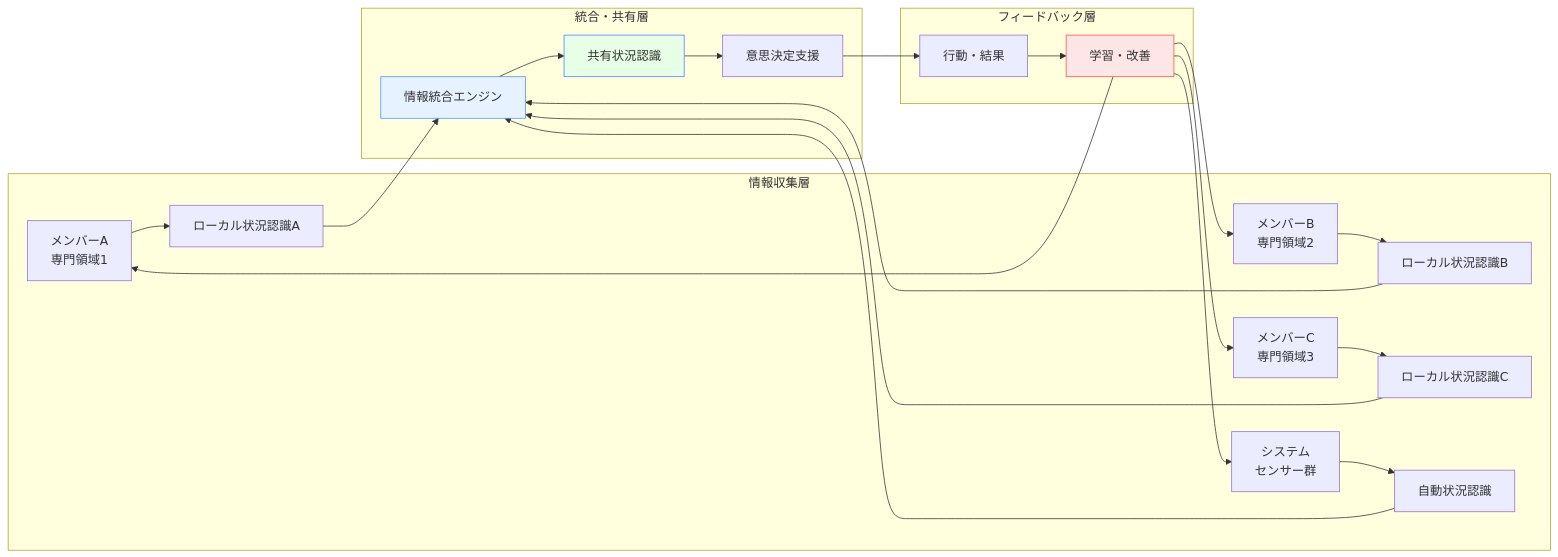
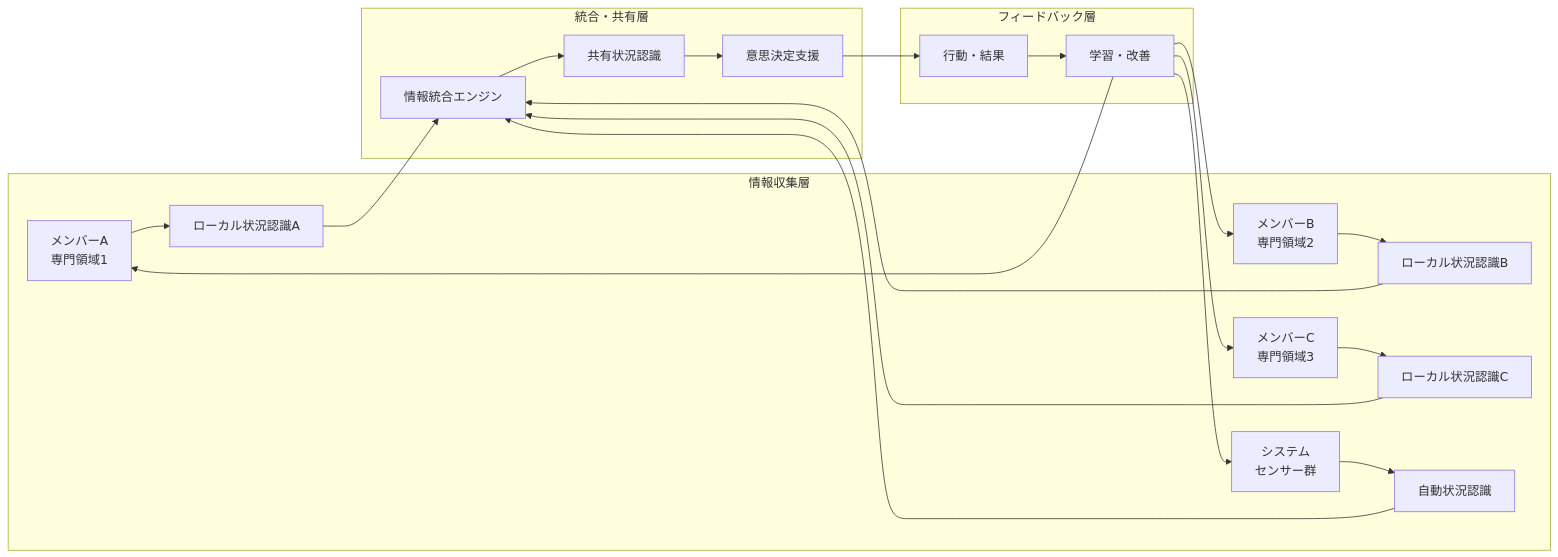
One commit to shuji-bonji/Situational-Awareness-and-Decision-Making changed the second of 4 diagrams in docs/decision-making-guide/collaborative-sa.md. Above: the diagram before and after it, drawn with Mermaid. The commit also changed other lines of this file and 49 other files, not shown here.

Commit message:
fix: ダークモードで見づらい図の色の変更

````diff
--- a/docs/decision-making-guide/collaborative-sa.md
+++ b/docs/decision-making-guide/collaborative-sa.md
@@ -59,32 +59,32 @@
 ```mermaid
 graph LR
     subgraph "情報収集層"
         A1[メンバーA<br/>専門領域1] --> D1[ローカル状況認識A]
         A2[メンバーB<br/>専門領域2] --> D2[ローカル状況認識B]
         A3[メンバーC<br/>専門領域3] --> D3[ローカル状況認識C]
         A4[システム<br/>センサー群] --> D4[自動状況認識]
     end
     
     subgraph "統合・共有層"
         D1 --> E1[情報統合エンジン]
         D2 --> E1
         D3 --> E1
         D4 --> E1
         
         E1 --> F1[共有状況認識]
         F1 --> G1[意思決定支援]
     end
     
     subgraph "フィードバック層"
         G1 --> H1[行動・結果]
         H1 --> I1[学習・改善]
         I1 --> A1
         I1 --> A2
         I1 --> A3
         I1 --> A4
     end
     
-    style E1 fill:#e6f2ff,stroke:#4d94ff
-    style F1 fill:#e6ffe6,stroke:#4d7fff
-    style I1 fill:#ffe6e6,stroke:#ff4d4d
+
+
+
 ```
````
